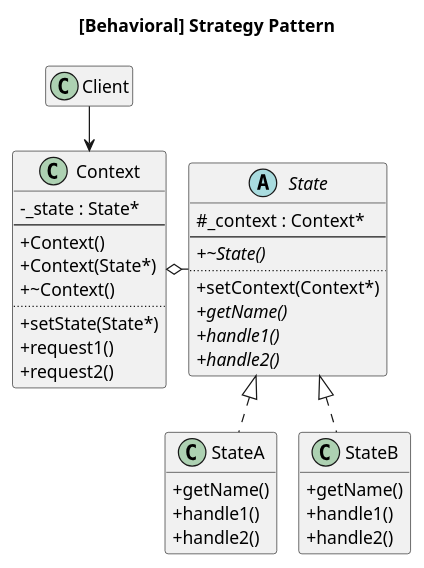
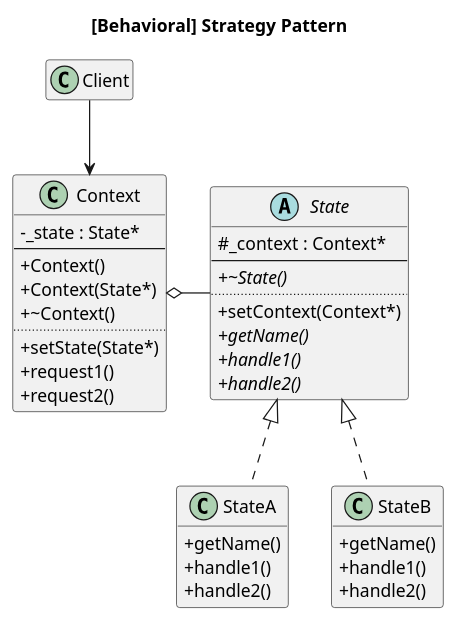
Before and after one commit to nampluskr/design_patterns: the diagram in plantuml/_state.puml, drawn with PlantUML. The commit also changed 4 other files, not shown here.

```diff
--- a/plantuml/_state.puml
+++ b/plantuml/_state.puml
@@ -1,52 +1,48 @@
 @startuml
-!pragma layout smetana
+'!pragma layout smetana
 skinparam classAttributeIconSize 0
 
 title [Behavioral] Strategy Pattern
 
-together {
 class Client
 class Context {
     - _state : State*
     --
     + Context()
     + Context(State*)
     + ~Context()
     ..
     + setState(State*)
     + request1()
     + request2()
 }
-}
-Client --> Context
 
-together {
 abstract State {
    # _context : Context*
    --
    + {abstract} ~State()
    ..
    + setContext(Context*)
    + {abstract} getName()
    + {abstract} handle1()
    + {abstract} handle2()
 }
 class StateA {
    + getName()
    + handle1()
    + handle2()
 }
 class StateB {
    + getName()
    + handle1()
    + handle2()
 }
-}
+
+Client --> Context
+Context o- State
 State <|.. StateA
 State <|.. StateB
-
-Context o-r- State
 
 hide empty members
 
 @enduml
```
